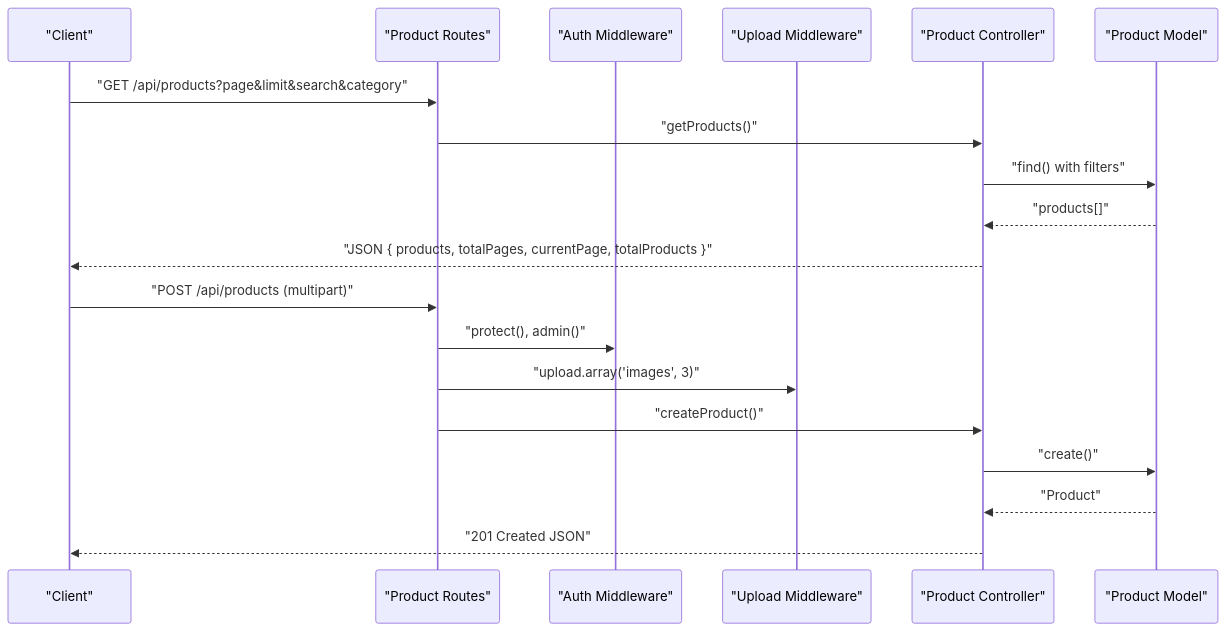
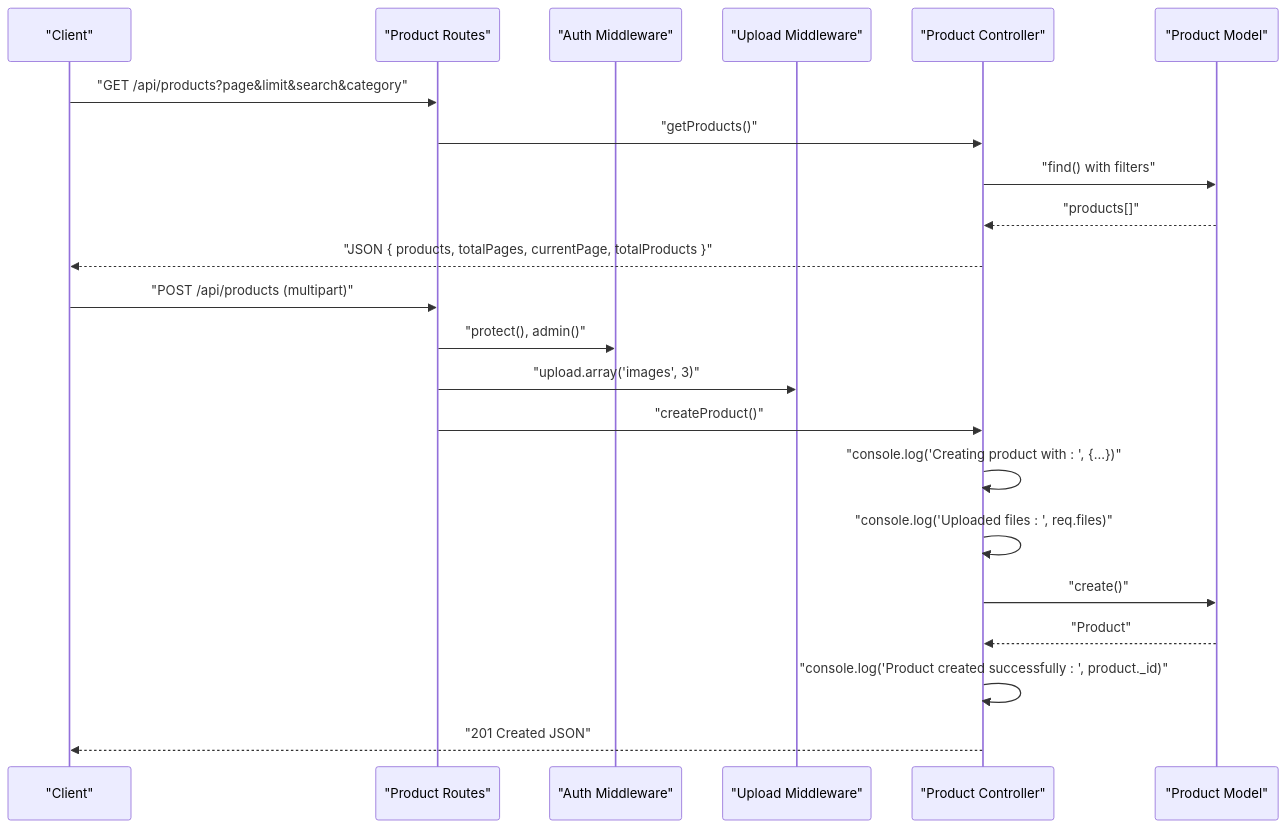
One commit to Pavan-PSPK9032/TrendsandToss changed the second of 3 diagrams in .qoder/repowiki/en/content/Backend API Documentation/Product Management API.md. Above: the diagram before and after it, drawn with Mermaid. The commit also changed other lines of this file and 16 other files, not shown here.

````diff
--- a/.qoder/repowiki/en/content/Backend API Documentation/Product Management API.md
+++ b/.qoder/repowiki/en/content/Backend API Documentation/Product Management API.md
@@ -81,21 +89,24 @@
 ```mermaid
 sequenceDiagram
 participant Client as "Client"
 participant Router as "Product Routes"
 participant Auth as "Auth Middleware"
 participant Upload as "Upload Middleware"
 participant Ctrl as "Product Controller"
 participant Model as "Product Model"
 Client->>Router : "GET /api/products?page&limit&search&category"
 Router->>Ctrl : "getProducts()"
 Ctrl->>Model : "find() with filters"
 Model-->>Ctrl : "products[]"
 Ctrl-->>Client : "JSON { products, totalPages, currentPage, totalProducts }"
 Client->>Router : "POST /api/products (multipart)"
 Router->>Auth : "protect(), admin()"
 Router->>Upload : "upload.array('images', 3)"
 Router->>Ctrl : "createProduct()"
+Ctrl->>Ctrl : "console.log('Creating product with : ', {...})"
+Ctrl->>Ctrl : "console.log('Uploaded files : ', req.files)"
 Ctrl->>Model : "create()"
 Model-->>Ctrl : "Product"
+Ctrl->>Ctrl : "console.log('Product created successfully : ', product._id)"
 Ctrl-->>Client : "201 Created JSON"
 ```
````
